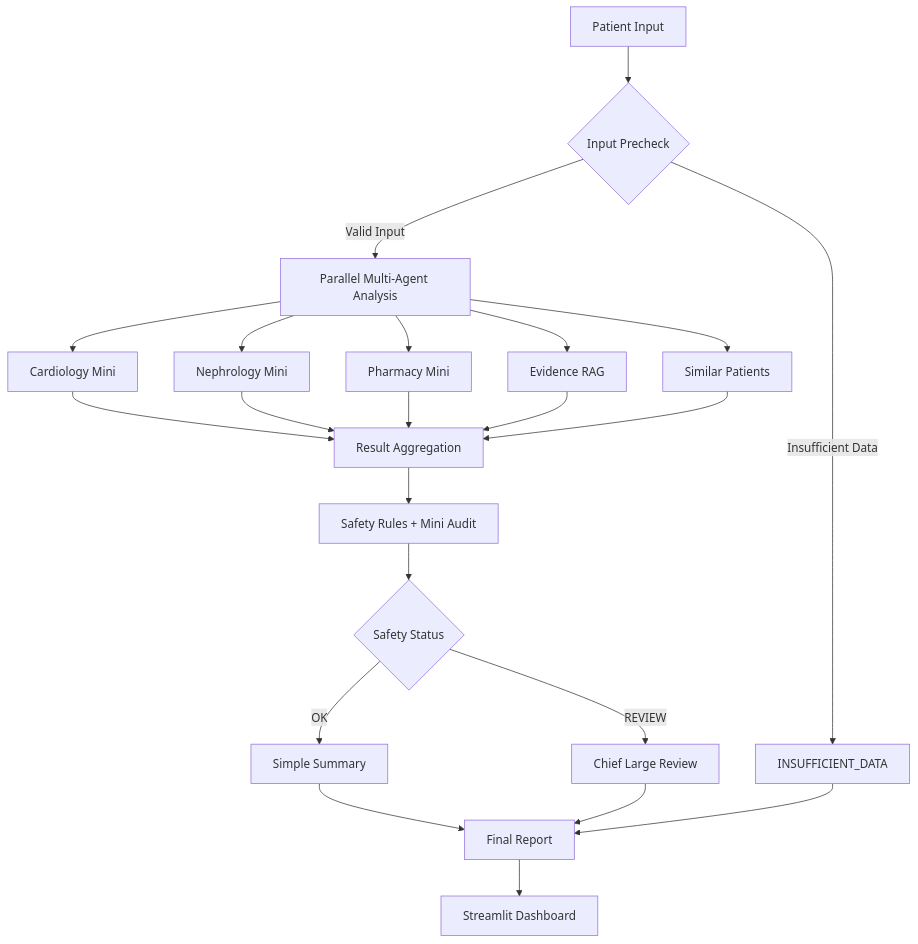
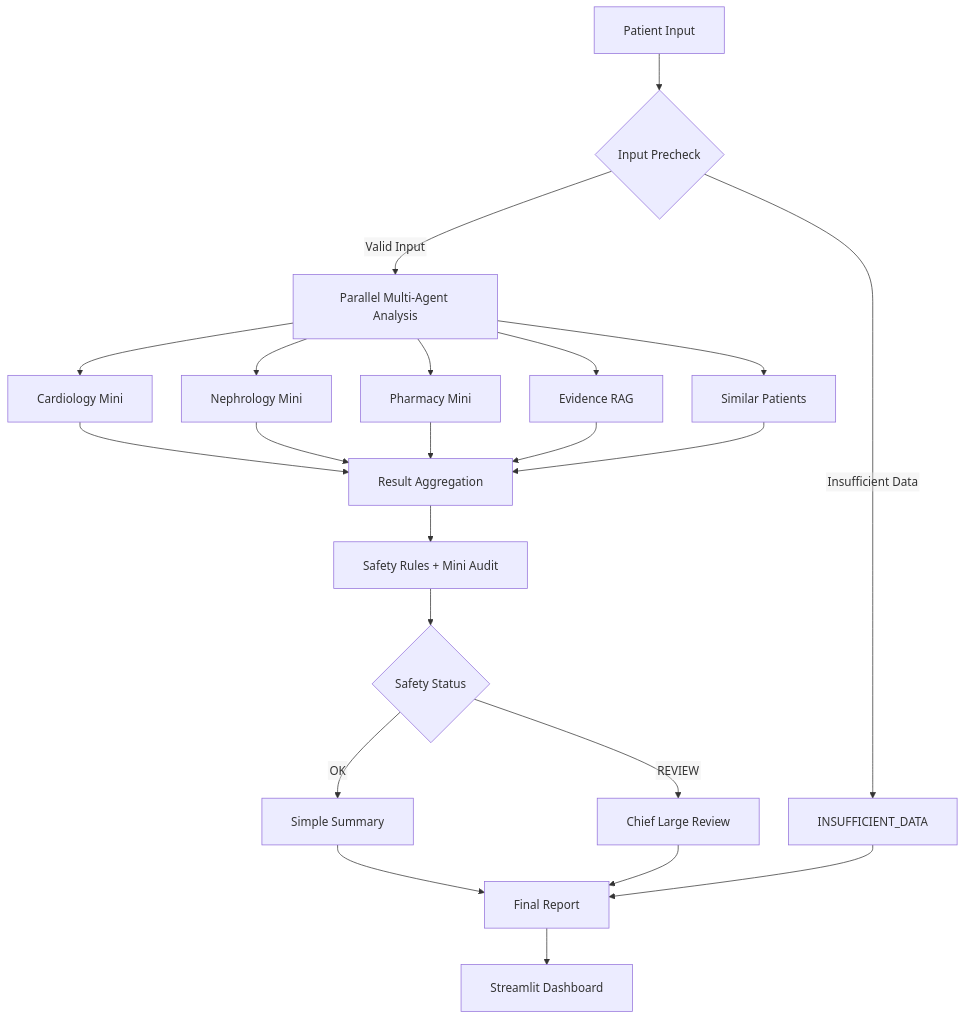
The diagram in README.md (doheon114/KMIMIC-multi-agents), drawn with Mermaid before and after one commit. The commit also changed other lines of this file and 4 other files, not shown here.

First line of the commit message:
Add KHDP.ai API key support, ignore .env, fix architecture diagram

````diff
--- a/README.md
+++ b/README.md
@@ -15,30 +15,31 @@
 ```mermaid
+%%{init: {"flowchart": {"htmlLabels": false, "padding": 20, "nodeSpacing": 40, "rankSpacing": 50}}}%%
 flowchart TD
     A["Patient Input"] --> B{"Input Precheck"}
     B -->|"Insufficient Data"| C["INSUFFICIENT_DATA"]
     B -->|"Valid Input"| D["Parallel Multi-Agent Analysis"]
 
     D --> E["Cardiology Mini"]
     D --> F["Nephrology Mini"]
     D --> G["Pharmacy Mini"]
     D --> H["Evidence RAG"]
     D --> I["Similar Patients"]
 
     E --> J["Result Aggregation"]
     F --> J
     G --> J
     H --> J
     I --> J
 
     J --> K["Safety Rules + Mini Audit"]
     K --> L{"Safety Status"}
 
     L -->|"OK"| M["Simple Summary"]
     L -->|"REVIEW"| N["Chief Large Review"]
 
     M --> O["Final Report"]
     N --> O
     C --> O
 
     O --> P["Streamlit Dashboard"]
 ```
````
